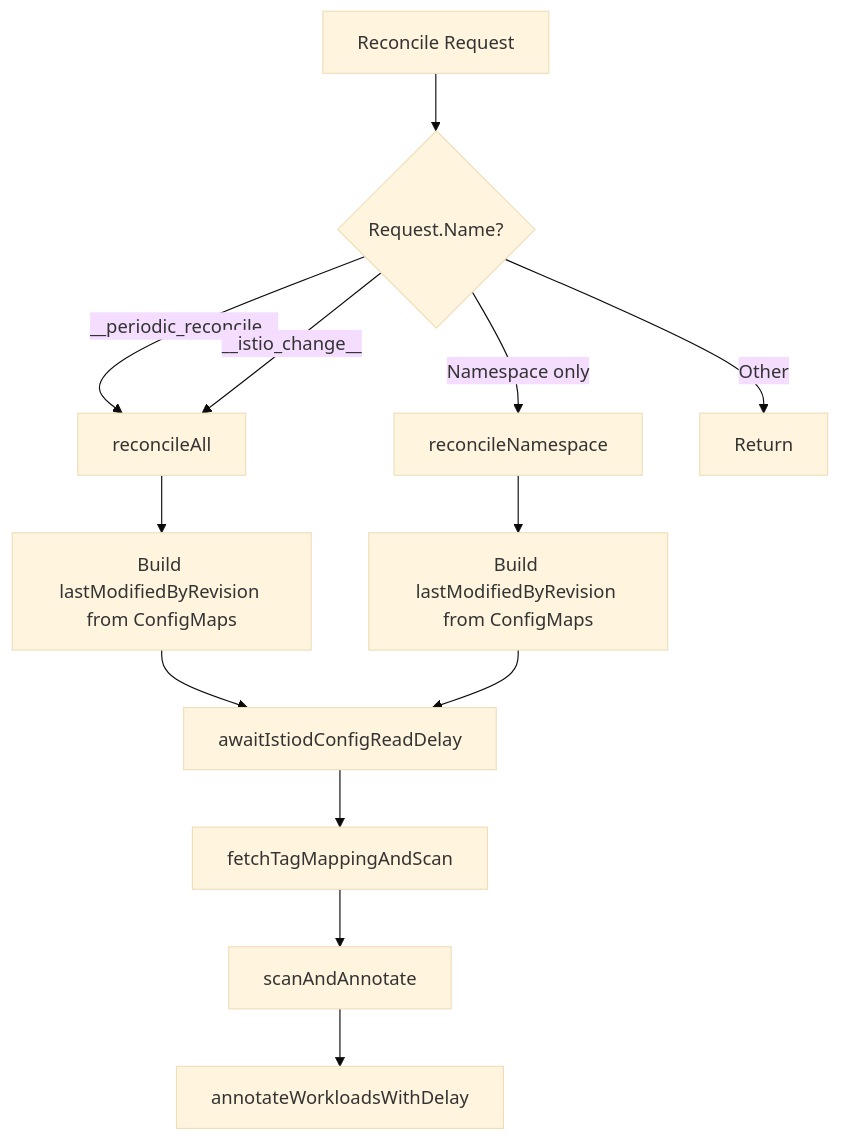
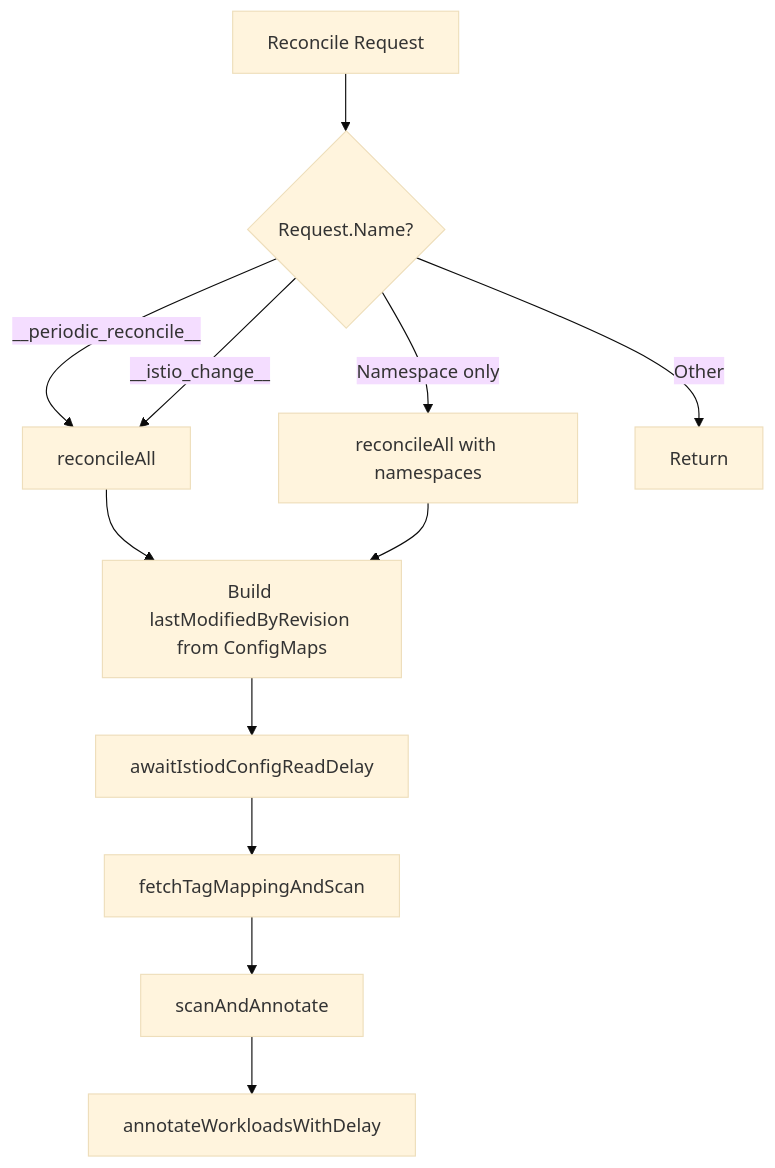
Before and after one commit to istio-ecosystem/fortsa: the second of 3 diagrams in ARCHITECTURE.md, drawn with Mermaid (base theme). The commit also changed other lines of this file and 2 other files, not shown here.

Commit message:
simplify reconciliation workflow

````diff
--- a/ARCHITECTURE.md
+++ b/ARCHITECTURE.md
@@ -114,16 +114,15 @@
 ```mermaid
 flowchart TD
     Reconcile[Reconcile Request]
     Reconcile --> CheckName{Request.Name?}
     CheckName -->|"__periodic_reconcile__"| ReconcileAll[reconcileAll]
     CheckName -->|"__istio_change__"| ReconcileAll
-    CheckName -->|Namespace only| ReconcileNS[reconcileNamespace]
+    CheckName -->|Namespace only| ReconcileAllNS[reconcileAll with namespaces]
     CheckName -->|Other| Return[Return]
     ReconcileAll --> BuildRev[Build lastModifiedByRevision from ConfigMaps]
+    ReconcileAllNS --> BuildRev
     BuildRev --> AwaitDelay[awaitIstiodConfigReadDelay]
-    ReconcileNS --> BuildRevNS[Build lastModifiedByRevision from ConfigMaps]
-    BuildRevNS --> AwaitDelay
     AwaitDelay --> FetchTag[fetchTagMappingAndScan]
     FetchTag --> ScanAnnotate[scanAndAnnotate]
     ScanAnnotate --> AnnotateDelay[annotateWorkloadsWithDelay]
 ```
````
